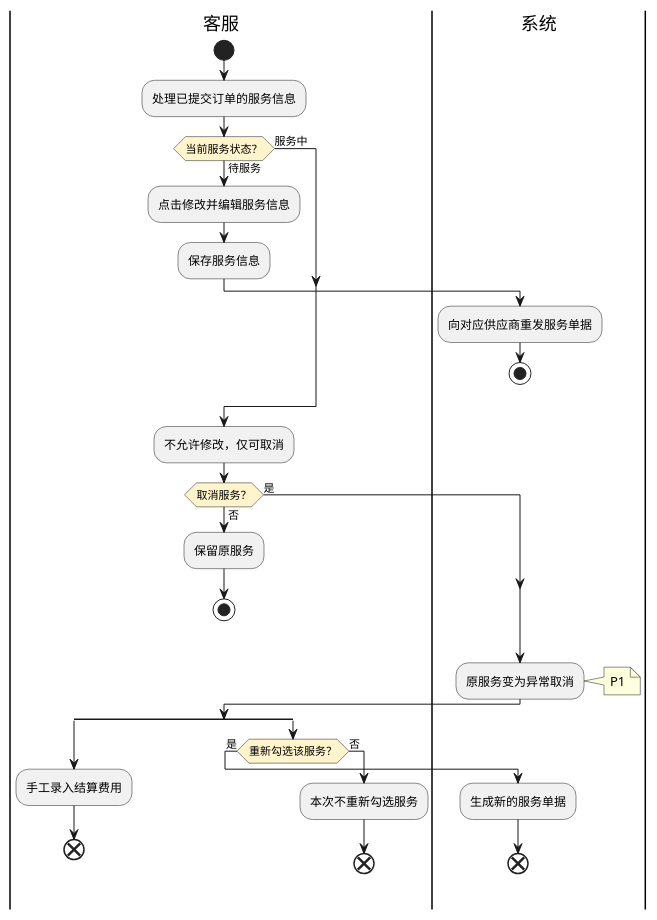
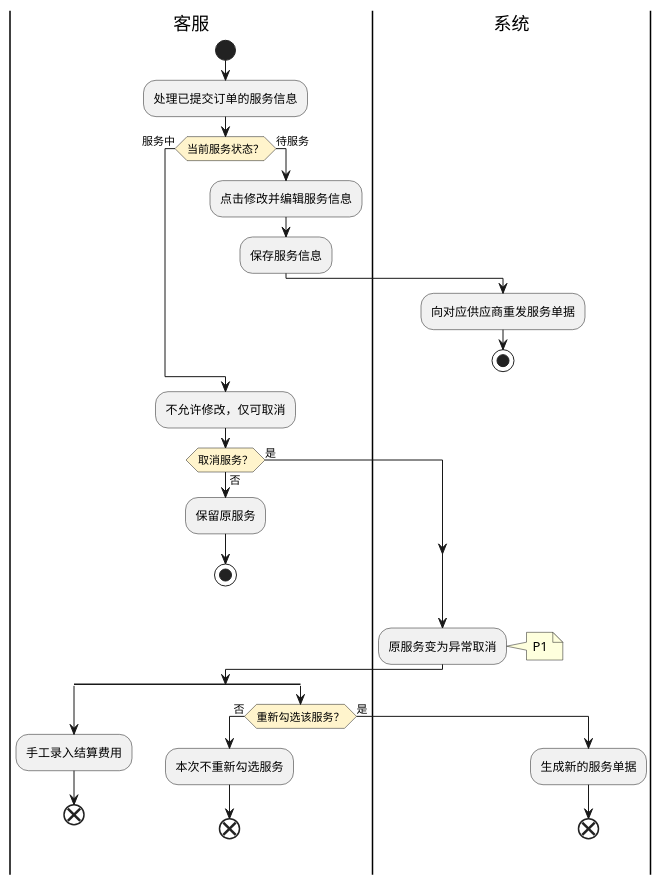
One commit to jack888332/projects-doc changed the third of 4 diagrams in product-caliber/goldjet/segmented-prd/PRD.高捷物流系统一期.第009篇.空运-订单创建.5029269CA8.md. Above: the diagram before and after it, drawn with PlantUML. The commit also changed other lines of this file and 4 other files, not shown here.

Commit message:
减少泳道活动图连线的可避免交叉

````diff
--- a/product-caliber/goldjet/segmented-prd/PRD.高捷物流系统一期.第009篇.空运-订单创建.5029269CA8.md
+++ b/product-caliber/goldjet/segmented-prd/PRD.高捷物流系统一期.第009篇.空运-订单创建.5029269CA8.md
@@ -154,42 +155,43 @@
 ```plantuml
 @startuml goldjet-009-service-change-cancel
 skinparam activityDiamondBackgroundColor #FFF4CC
 |客服|
 start
 :处理已提交订单的服务信息;
-if (当前服务状态？) then (待服务)
+if (当前服务状态？) then (服务中)
+  label spacer1
+else (待服务)
   :点击修改并编辑服务信息;
   :保存服务信息;
   |系统|
   :向对应供应商重发服务单据;
   stop
-else (服务中)
 endif
 |客服|
 :不允许修改，仅可取消;
 if (取消服务？) then (否)
   :保留原服务;
   stop
 else (是)
 endif
 |系统|
 :原服务变为异常取消;
 note right: P1
 split
   |客服|
   :手工录入结算费用;
   end
 split again
   |客服|
-  if (重新勾选该服务？) then (是)
+  if (重新勾选该服务？) then (否)
+    |客服|
+    :本次不重新勾选服务;
+    end
+  else (是)
     |系统|
     :生成新的服务单据;
-    end
-  else (否)
-    |客服|
-    :本次不重新勾选服务;
     end
   endif
 end split
 @enduml
 ```
````
